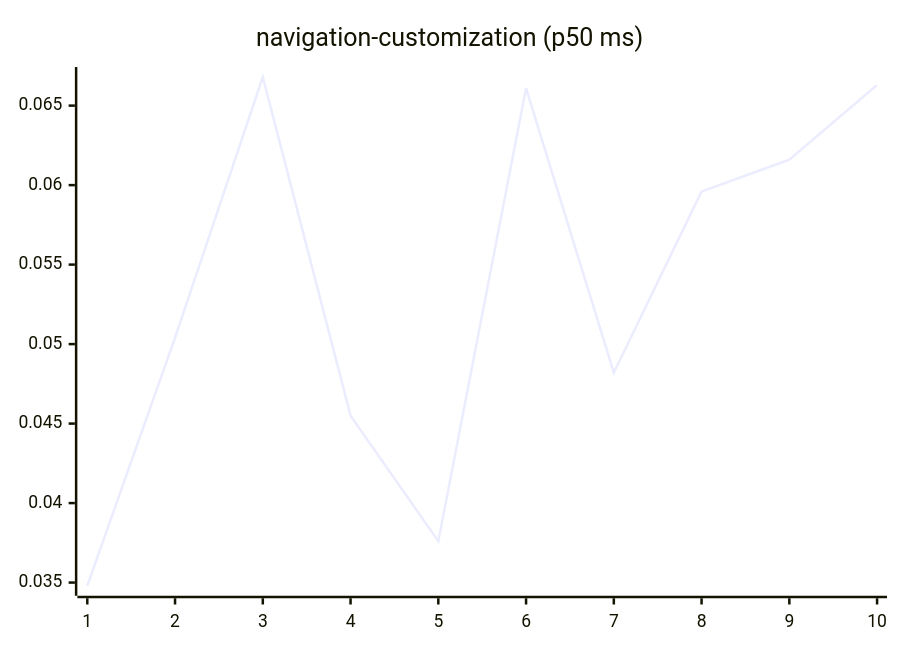
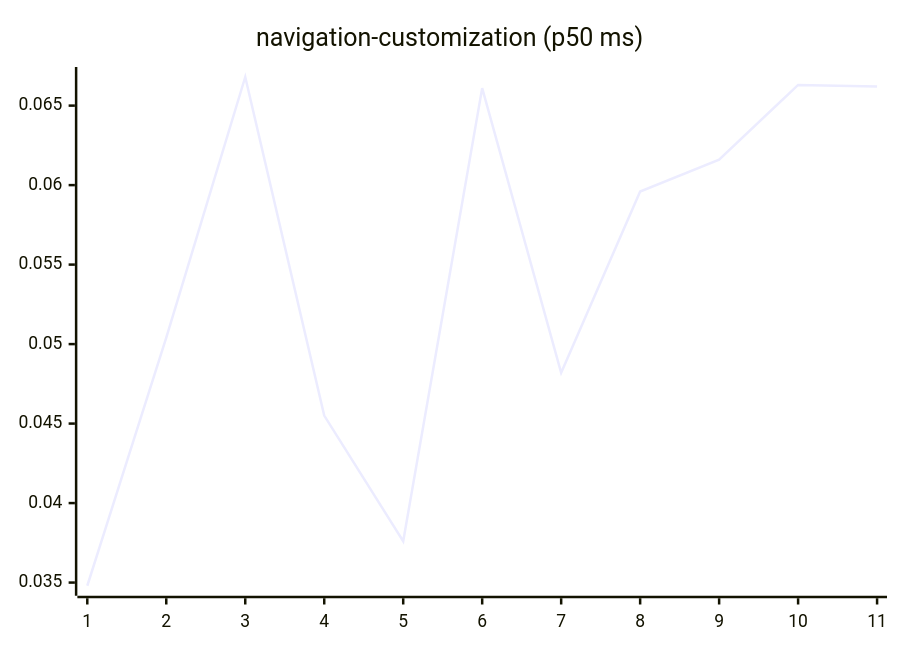
Before and after one commit to josha/Facet: diagram 15 of 27 in README.md, drawn with Mermaid. The commit also changed other lines of this file and 2 other files, not shown here.

````diff
--- a/README.md
+++ b/README.md
@@ -161,6 +161,6 @@
 ```mermaid
 xychart-beta
     title "navigation-customization (p50 ms)"
-    x-axis 1 --> 10
-    line [0.0348, 0.0504, 0.0668, 0.0455, 0.0376, 0.0661, 0.0482, 0.0596, 0.0616, 0.0663]
+    x-axis 1 --> 11
+    line [0.0348, 0.0504, 0.0668, 0.0455, 0.0376, 0.0661, 0.0482, 0.0596, 0.0616, 0.0663, 0.0662]
 ```
````
